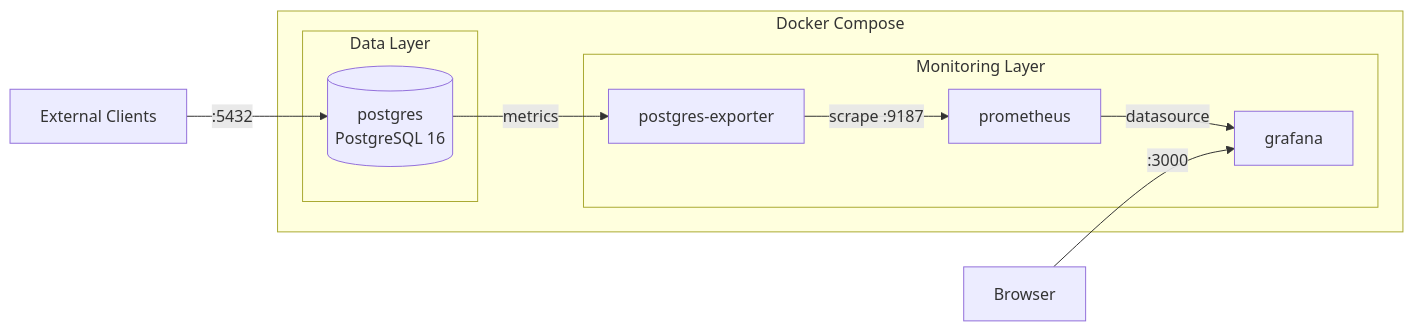
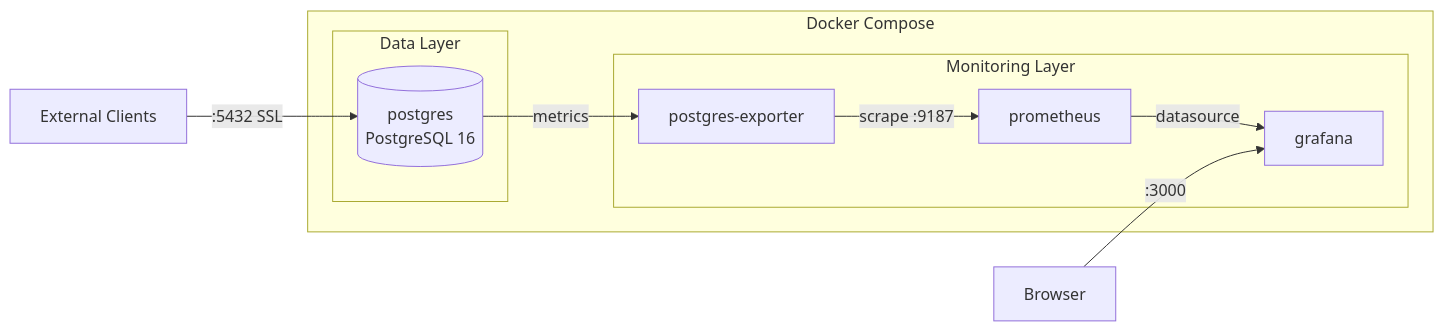
The second of 8 diagrams in docs/architecture.md (gperdrizet/postgreSQL-server), drawn with Mermaid before and after one commit. The commit also changed other lines of this file and 5 other files, not shown here.

````diff
--- a/docs/architecture.md
+++ b/docs/architecture.md
@@ -42,21 +44,21 @@
 ```mermaid
 flowchart LR
     subgraph compose[Docker Compose]
         subgraph data[Data Layer]
             PG[(postgres<br/>PostgreSQL 16)]
         end
         
         subgraph monitoring[Monitoring Layer]
             EXP[postgres-exporter]
             PROM[prometheus]
             GRAF[grafana]
         end
     end
     
     PG -->|"metrics"| EXP
     EXP -->|"scrape :9187"| PROM
     PROM -->|"datasource"| GRAF
     
-    EXT_DB[External Clients] -->|":5432"| PG
+    EXT_DB[External Clients] -->|":5432 SSL"| PG
     EXT_GRAF[Browser] -->|":3000"| GRAF
 ```
````
